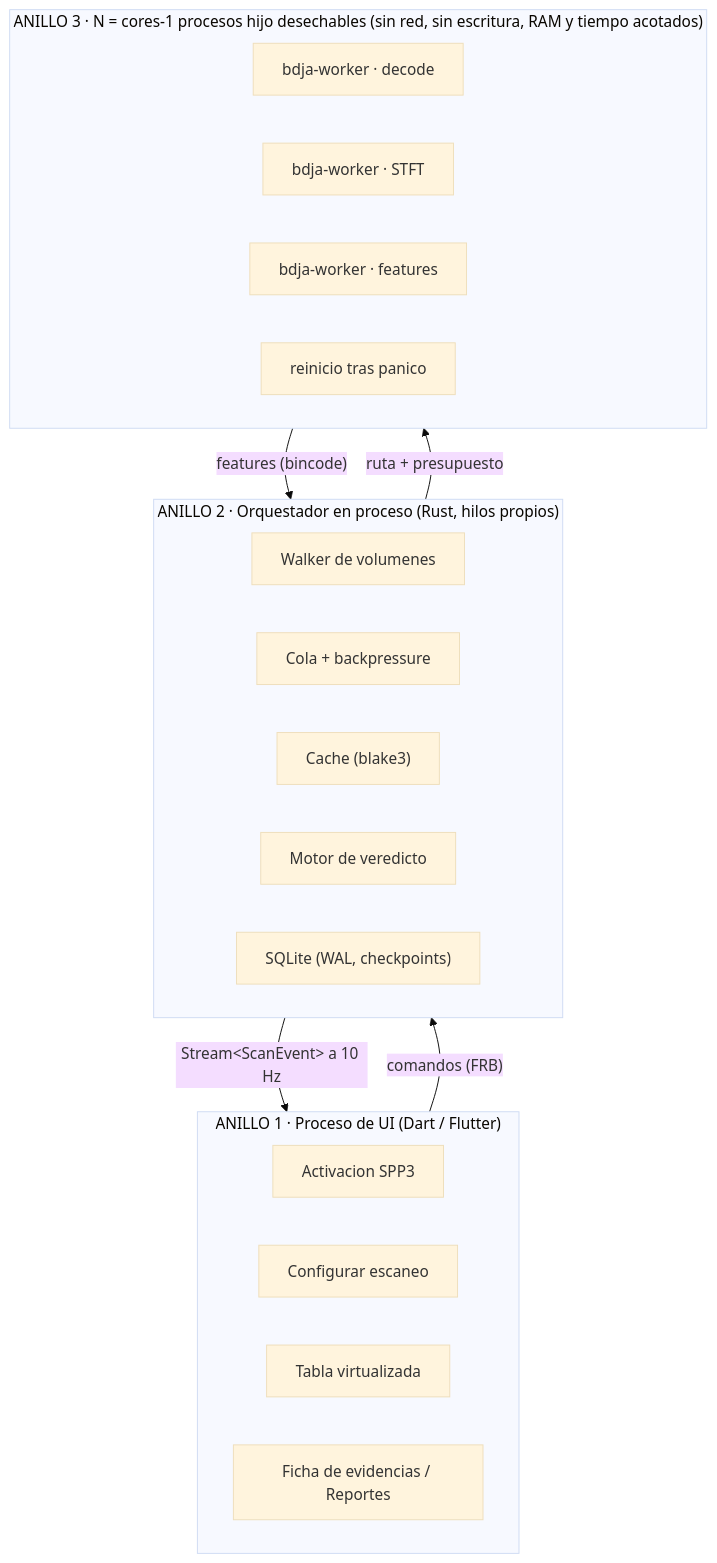
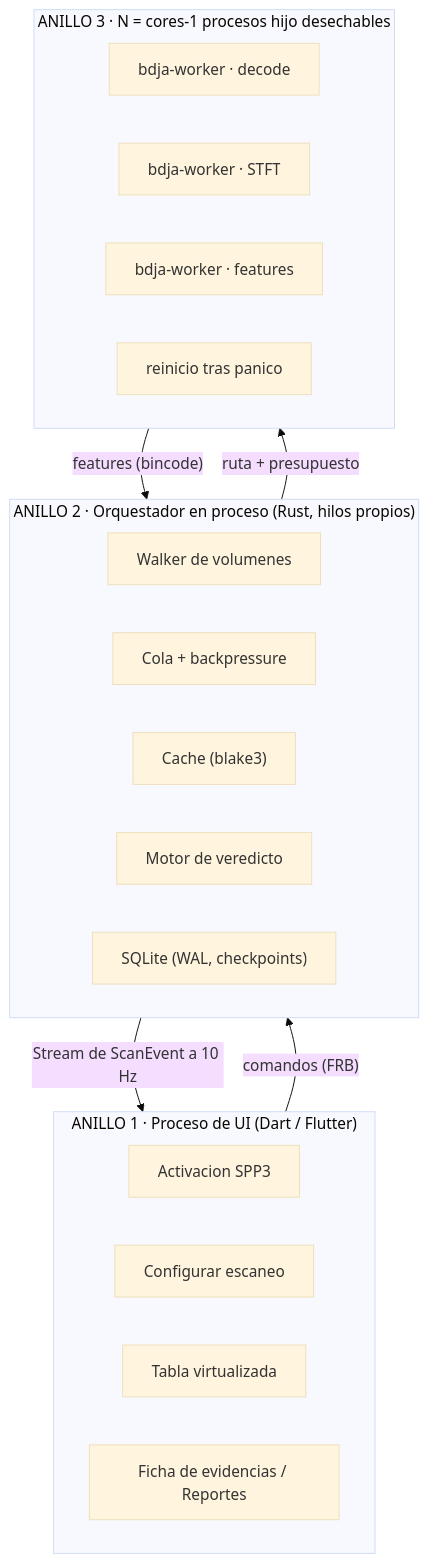
One commit to feelinpay/bdjstudioaudioanalyzer changed the first of 2 diagrams in docs/PLAN_ARQUITECTURA.md. Above: the diagram before and after it, drawn with Mermaid (base theme). The commit also changed other lines of this file and 14 other files, not shown here.

````diff
--- a/docs/PLAN_ARQUITECTURA.md
+++ b/docs/PLAN_ARQUITECTURA.md
@@ -140,29 +146,29 @@
 ```mermaid
 flowchart TB
   subgraph A1["ANILLO 1 · Proceso de UI (Dart / Flutter)"]
     direction LR
     U1["Activacion SPP3"]
     U2["Configurar escaneo"]
     U3["Tabla virtualizada"]
     U4["Ficha de evidencias / Reportes"]
   end
   subgraph A2["ANILLO 2 · Orquestador en proceso (Rust, hilos propios)"]
     direction LR
     O1["Walker de volumenes"]
     O2["Cola + backpressure"]
     O3["Cache (blake3)"]
     O4["Motor de veredicto"]
     O5["SQLite (WAL, checkpoints)"]
   end
-  subgraph A3["ANILLO 3 · N = cores-1 procesos hijo desechables (sin red, sin escritura, RAM y tiempo acotados)"]
+  subgraph A3["ANILLO 3 · N = cores-1 procesos hijo desechables"]
     direction LR
     W1["bdja-worker · decode"]
     W2["bdja-worker · STFT"]
     W3["bdja-worker · features"]
     W4["reinicio tras panico"]
   end
   A1 -->|"comandos (FRB)"| A2
-  A2 -->|"Stream&lt;ScanEvent&gt; a 10 Hz"| A1
+  A2 -->|"Stream de ScanEvent a 10 Hz"| A1
   A2 -->|"ruta + presupuesto"| A3
   A3 -->|"features (bincode)"| A2
 ```
````
